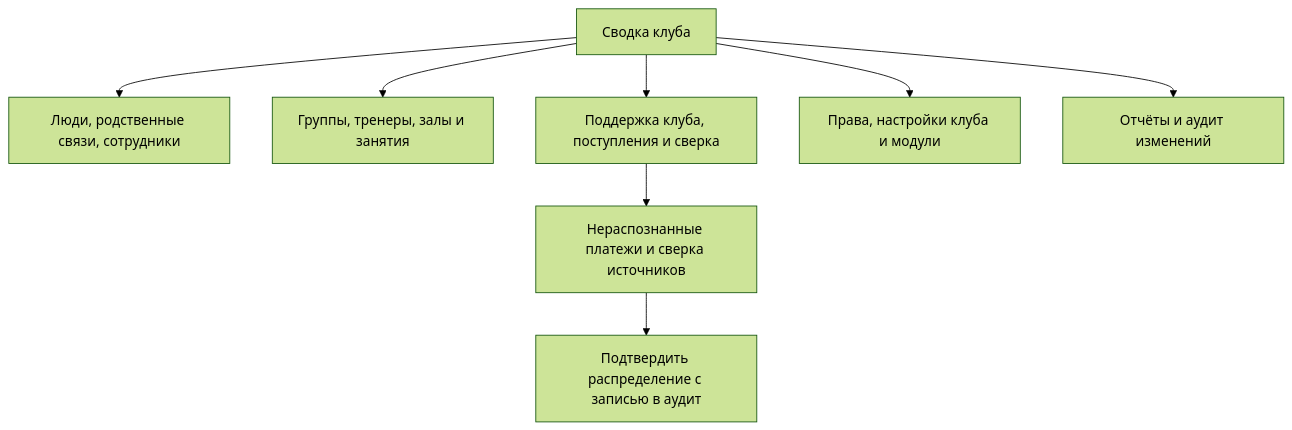
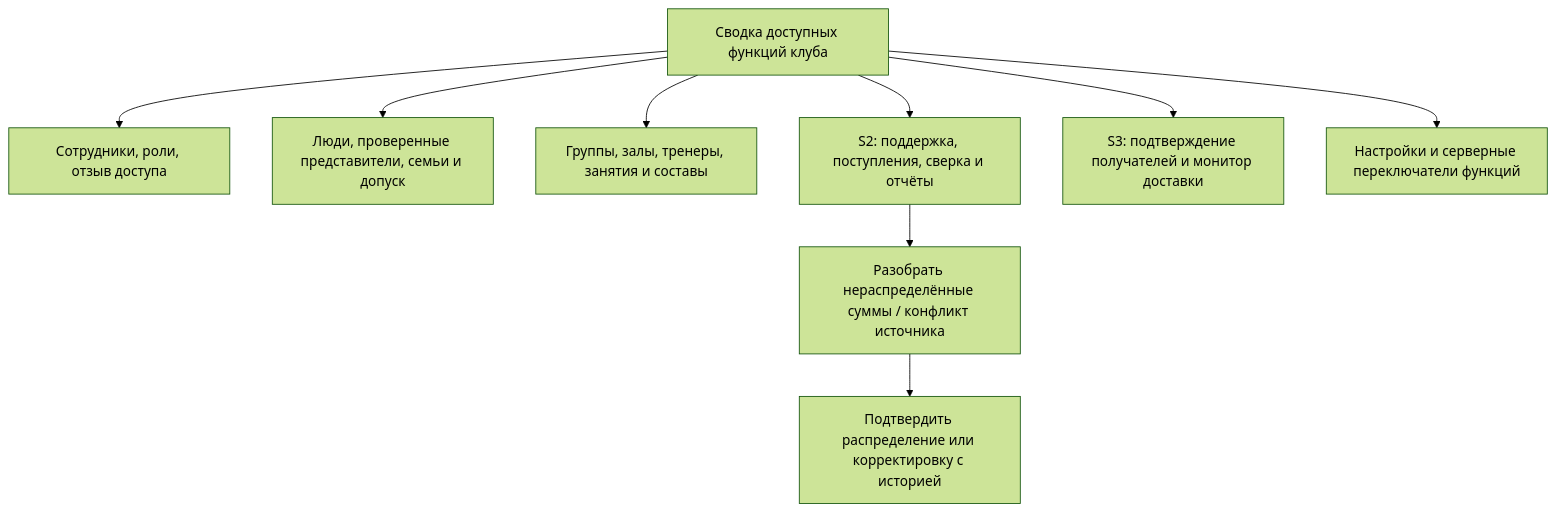
The second of 10 diagrams in planning/APP-FLOWS.md (StarMadeGalaxy/JudeOS), drawn with Mermaid (forest theme) before and after one commit. The commit also changed other lines of this file and 20 other files, not shown here.

Commit message:
docs: align MVP plan and architecture after critical review

````diff
--- a/planning/APP-FLOWS.md
+++ b/planning/APP-FLOWS.md
@@ -24,10 +29,11 @@
 ```mermaid
 flowchart TB
-    Home["Сводка клуба"] --> People["Люди, родственные связи, сотрудники"]
-    Home --> Schedule["Группы, тренеры, залы и занятия"]
-    Home --> Finance["Поддержка клуба, поступления и сверка"]
-    Home --> Settings["Права, настройки клуба и модули"]
-    Home --> Reports["Отчёты и аудит изменений"]
-    Finance --> Reconcile["Нераспознанные платежи и сверка источников"]
-    Reconcile --> Confirm["Подтвердить распределение с записью в аудит"]
+    Home["Сводка доступных функций клуба"] --> Staff["Сотрудники, роли, отзыв доступа"]
+    Home --> People["Люди, проверенные представители, семьи и допуск"]
+    Home --> Schedule["Группы, залы, тренеры, занятия и составы"]
+    Home --> Finance["S2: поддержка, поступления, сверка и отчёты"]
+    Home --> Delivery["S3: подтверждение получателей и монитор доставки"]
+    Home --> Settings["Настройки и серверные переключатели функций"]
+    Finance --> Reconcile["Разобрать нераспределённые суммы / конфликт источника"]
+    Reconcile --> Confirm["Подтвердить распределение или корректировку с историей"]
 ```
````
